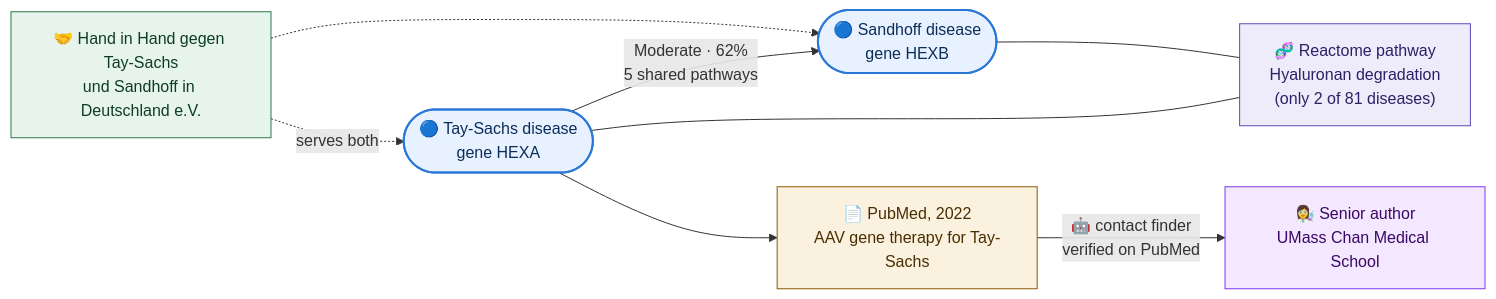
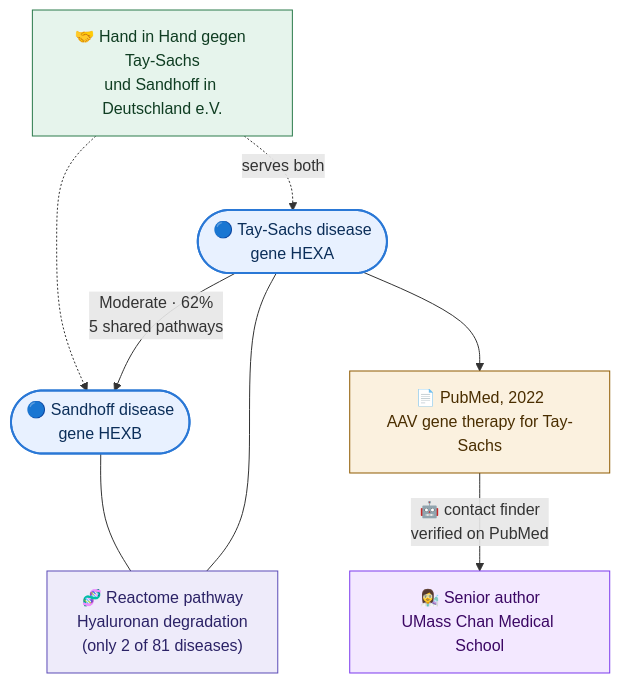
Before and after one commit to vihuynh72/research-os: the first of 12 diagrams in README.md, drawn with Mermaid. The commit also changed other lines of this file and 1 other file, not shown here.

````diff
--- a/README.md
+++ b/README.md
@@ -113,25 +113,25 @@
 ```mermaid
-flowchart LR
+flowchart TB
     TS(["🔵 Tay-Sachs disease<br/>gene HEXA"])
     SD(["🔵 Sandhoff disease<br/>gene HEXB"])
     PW["🧬 Reactome pathway<br/>Hyaluronan degradation<br/>(only 2 of 81 diseases)"]
     HH["🤝 Hand in Hand gegen Tay-Sachs<br/>und Sandhoff in Deutschland e.V."]
     PP["📄 PubMed, 2022<br/>AAV gene therapy for Tay-Sachs"]
     RS["👩‍🔬 Senior author<br/>UMass Chan Medical School"]
     TS -->|"Moderate · 62%<br/>5 shared pathways"| SD
     TS --- PW
     SD --- PW
     HH -.->|"serves both"| TS
     HH -.-> SD
     TS --> PP -->|"🤖 contact finder<br/>verified on PubMed"| RS
     classDef disease fill:#E8F1FF,stroke:#2A78D6,color:#0B2E59,stroke-width:2px
     classDef bio fill:#EEEBFA,stroke:#5B4BB7,color:#2B2266
     classDef group fill:#E6F4EC,stroke:#2B7A4B,color:#0F3D22
     classDef research fill:#FBF1DF,stroke:#8F5A00,color:#4A2E00
     classDef ai fill:#F3E8FF,stroke:#7C3AED,color:#3B0764
     class TS,SD disease
     class PW bio
     class HH group
     class PP research
     class RS ai
 ```
````
